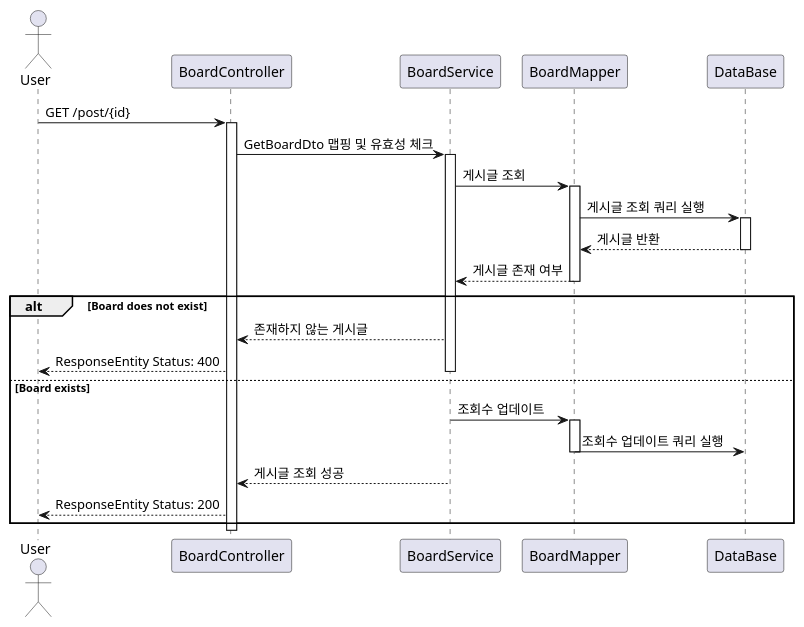
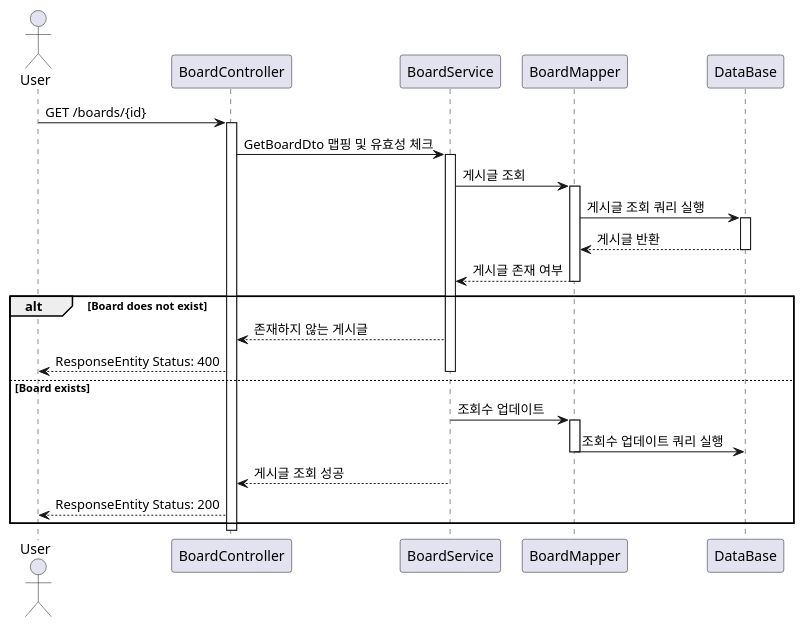
Before and after one commit to HyunSense/Rest_board: the diagram in Sequence_diagram/getBoardSequence.puml, drawn with PlantUML. The commit also changed 3 other files, not shown here.

Commit message:
sequenceDiagram URI 수정

```diff
--- a/Sequence_diagram/getBoardSequence.puml
+++ b/Sequence_diagram/getBoardSequence.puml
@@ -1,45 +1,45 @@
 @startuml
 actor User
 'participant "BoardController"
 'participant "BoardService"
 'participant "BoardMapper"
 'participant "DataBase"
 
-User -> BoardController: GET /post/{id}
+User -> BoardController: GET /boards/{id}
 activate BoardController
 
 BoardController -> BoardService: GetBoardDto 맵핑 및 유효성 체크
 activate BoardService
 
 BoardService -> BoardMapper: 게시글 조회
 activate BoardMapper
 
 BoardMapper -> DataBase: 게시글 조회 쿼리 실행
 activate DataBase
 
 DataBase --> BoardMapper: 게시글 반환
 deactivate DataBase
 BoardMapper --> BoardService: 게시글 존재 여부
 deactivate BoardMapper
 
 alt Board does not exist
 
     BoardService --> BoardController: 존재하지 않는 게시글
     BoardController --> User: ResponseEntity Status: 400
     deactivate BoardService
 
 else Board exists
 
     BoardService -> BoardMapper: 조회수 업데이트
     activate BoardMapper
     BoardMapper -> DataBase: 조회수 업데이트 쿼리 실행
     deactivate BoardMapper
 
     BoardService --> BoardController: 게시글 조회 성공
     BoardController --> User: ResponseEntity Status: 200
 end
 
 deactivate BoardService
 deactivate BoardController
 
 @enduml
```
